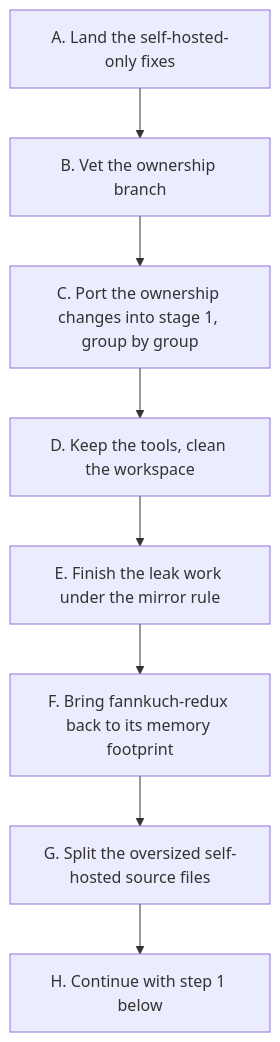
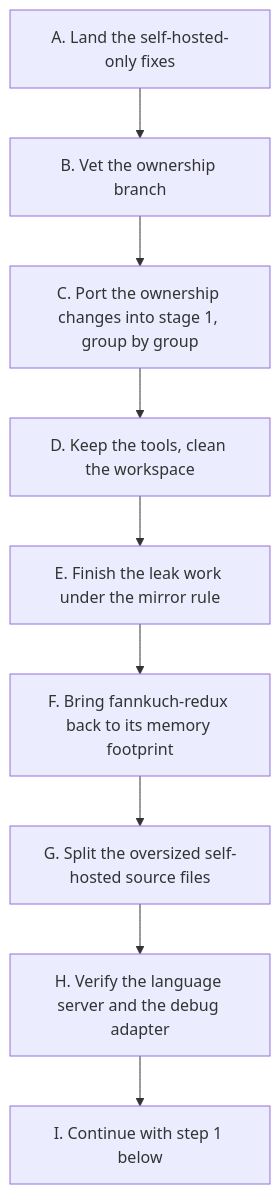
The diagram in docs/md/future/SELF_HOSTING.md (MattiasHognas/Ashes), drawn with Mermaid before and after one commit. The commit also changed other lines of this file and 38 other files, not shown here.

````diff
--- a/docs/md/future/SELF_HOSTING.md
+++ b/docs/md/future/SELF_HOSTING.md
@@ -89,10 +89,11 @@
 ```mermaid
 flowchart TD
     A[A. Land the self-hosted-only fixes] --> B[B. Vet the ownership branch]
     B --> C[C. Port the ownership changes into stage 1, group by group]
     C --> D[D. Keep the tools, clean the workspace]
     D --> E[E. Finish the leak work under the mirror rule]
     E --> F[F. Bring fannkuch-redux back to its memory footprint]
     F --> G[G. Split the oversized self-hosted source files]
-    G --> H[H. Continue with step 1 below]
+    G --> H[H. Verify the language server and the debug adapter]
+    H --> I[I. Continue with step 1 below]
 ```
````
